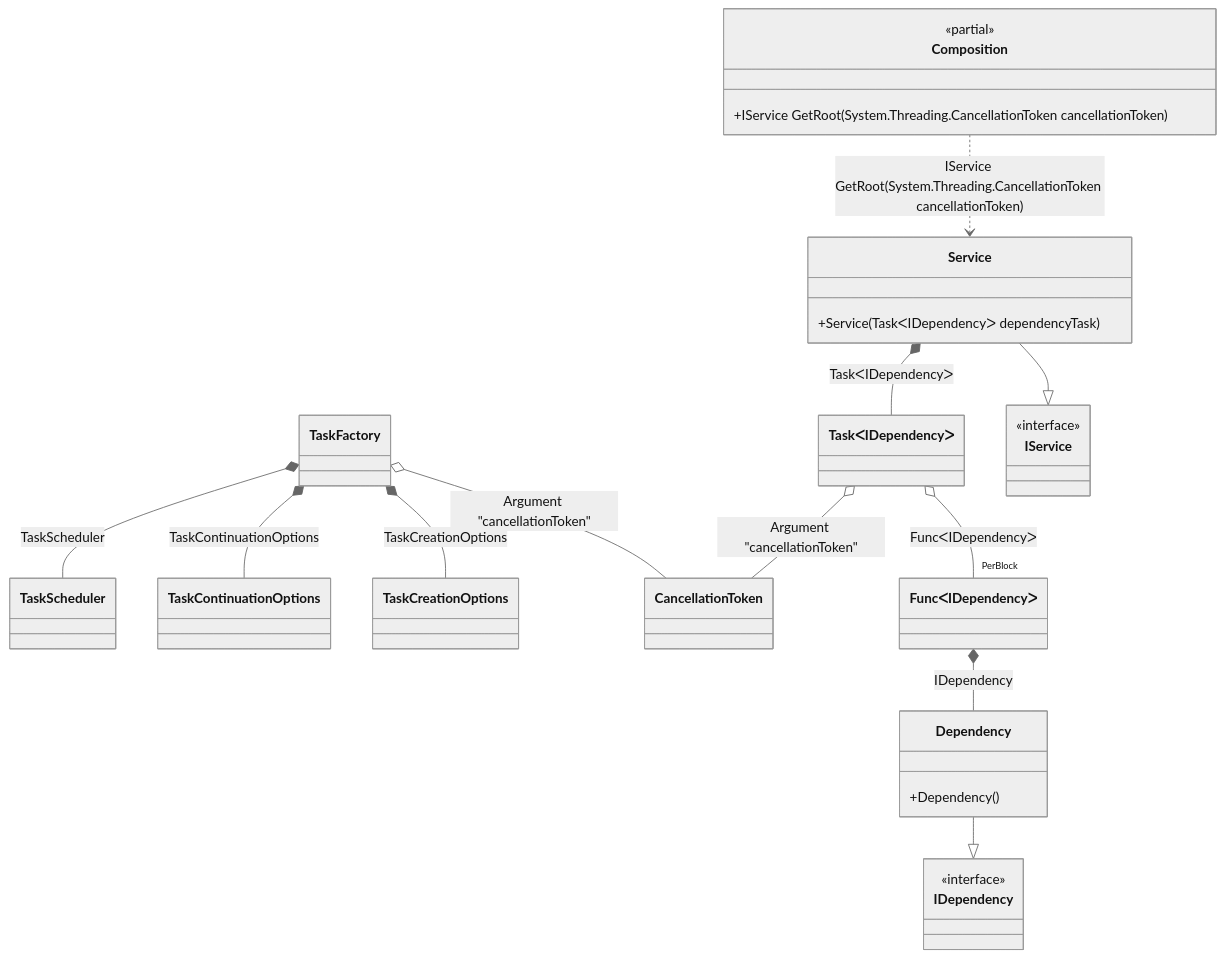
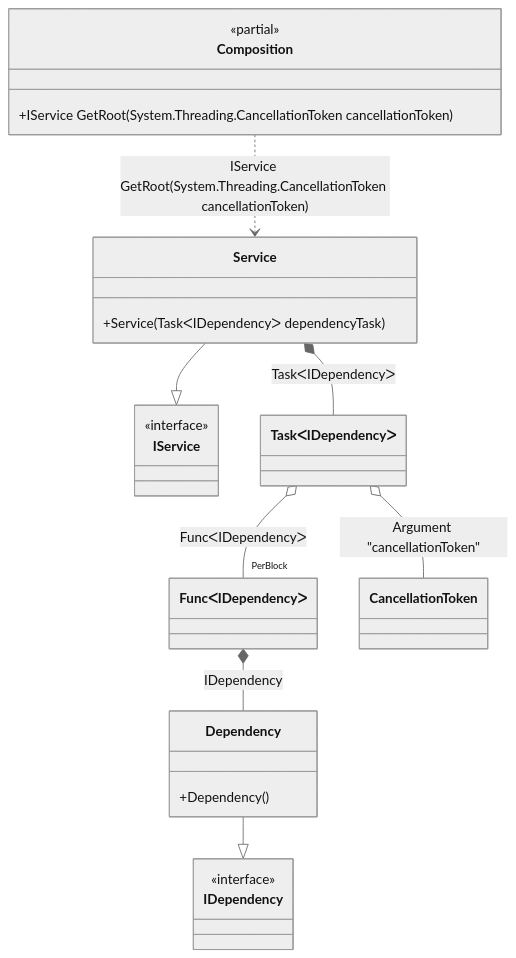
The diagram in readme/manually-started-tasks.md (DevTeam/Pure.DI), drawn with Mermaid (neutral theme) before and after one commit. The commit also changed 92 other files, not shown here.

````diff
--- a/readme/manually-started-tasks.md
+++ b/readme/manually-started-tasks.md
@@ -110,34 +110,29 @@
 ```mermaid
 classDiagram
 	class Composition {
 		<<partial>>
 		+IService GetRoot(System.Threading.CancellationToken cancellationToken)
-	}
-	class TaskFactory
-	class CancellationToken
-	Dependency --|> IDependency
-	class Dependency {
-		+Dependency()
 	}
 	Service --|> IService
 	class Service {
 		+Service(TaskᐸIDependencyᐳ dependencyTask)
 	}
 	class TaskᐸIDependencyᐳ
 	class FuncᐸIDependencyᐳ
-	class IDependency {
-		<<interface>>
+	class CancellationToken
+	Dependency --|> IDependency
+	class Dependency {
+		+Dependency()
 	}
 	class IService {
 		<<interface>>
 	}
+	class IDependency {
+		<<interface>>
+	}
 	Composition ..> Service : IService GetRoot(System.Threading.CancellationToken cancellationToken)
-	TaskFactory o-- CancellationToken : Argument "cancellationToken"
-	TaskFactory *--  TaskCreationOptions : TaskCreationOptions
-	TaskFactory *--  TaskContinuationOptions : TaskContinuationOptions
-	TaskFactory *--  TaskScheduler : TaskScheduler
 	Service *--  TaskᐸIDependencyᐳ : TaskᐸIDependencyᐳ
 	TaskᐸIDependencyᐳ o-- "PerBlock" FuncᐸIDependencyᐳ : FuncᐸIDependencyᐳ
 	TaskᐸIDependencyᐳ o-- CancellationToken : Argument "cancellationToken"
 	FuncᐸIDependencyᐳ *--  Dependency : IDependency
 ```
````
